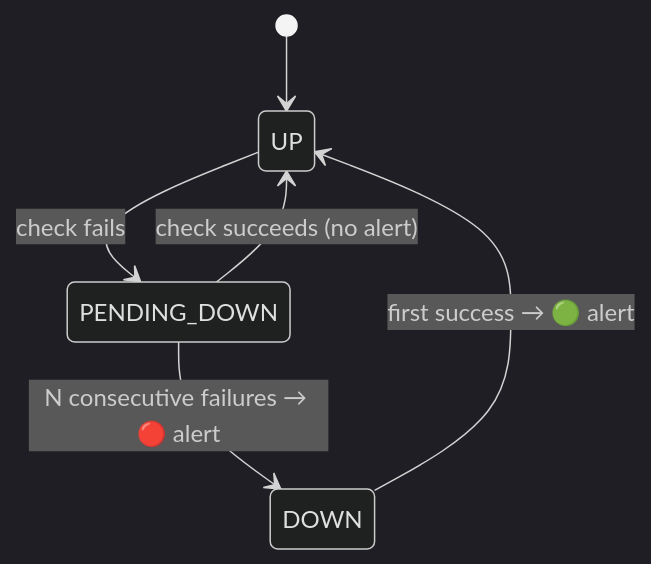
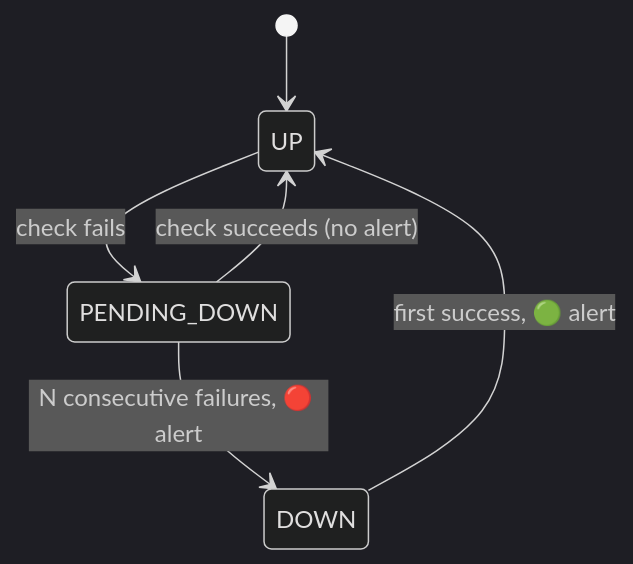
The second of 2 diagrams in README.md (LuisBretonesVillegas/VIGIA), drawn with Mermaid (dark theme) before and after one commit. The commit also changed other lines of this file, not shown here.

````diff
--- a/README.md
+++ b/README.md
@@ -30,8 +30,8 @@
 ```mermaid
 stateDiagram-v2
     [*] --> UP
     UP --> PENDING_DOWN: check fails
     PENDING_DOWN --> UP: check succeeds (no alert)
-    PENDING_DOWN --> DOWN: N consecutive failures → 🔴 alert
-    DOWN --> UP: first success → 🟢 alert
+    PENDING_DOWN --> DOWN: N consecutive failures, 🔴 alert
+    DOWN --> UP: first success, 🟢 alert
 ```
````
